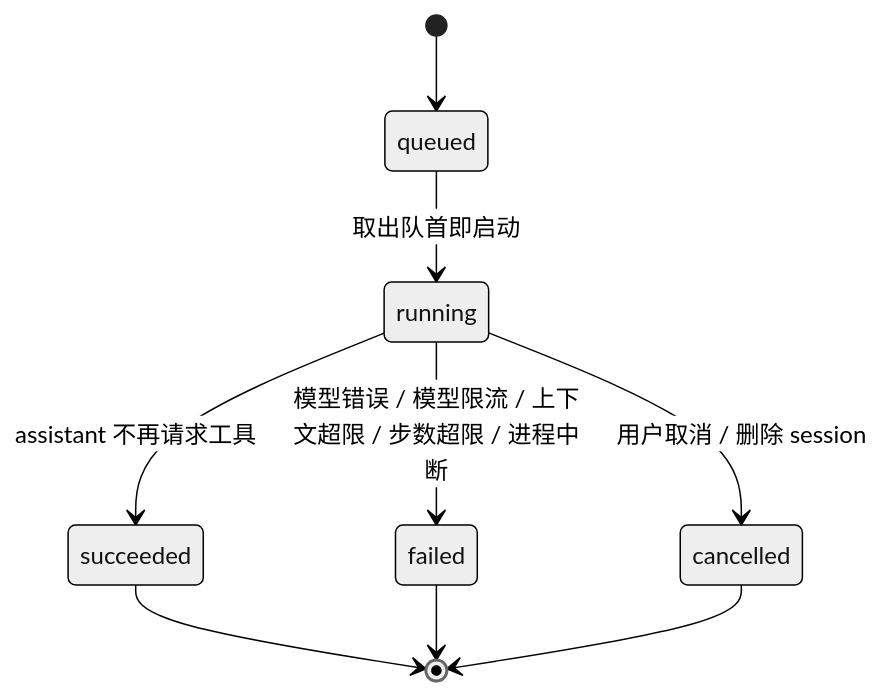
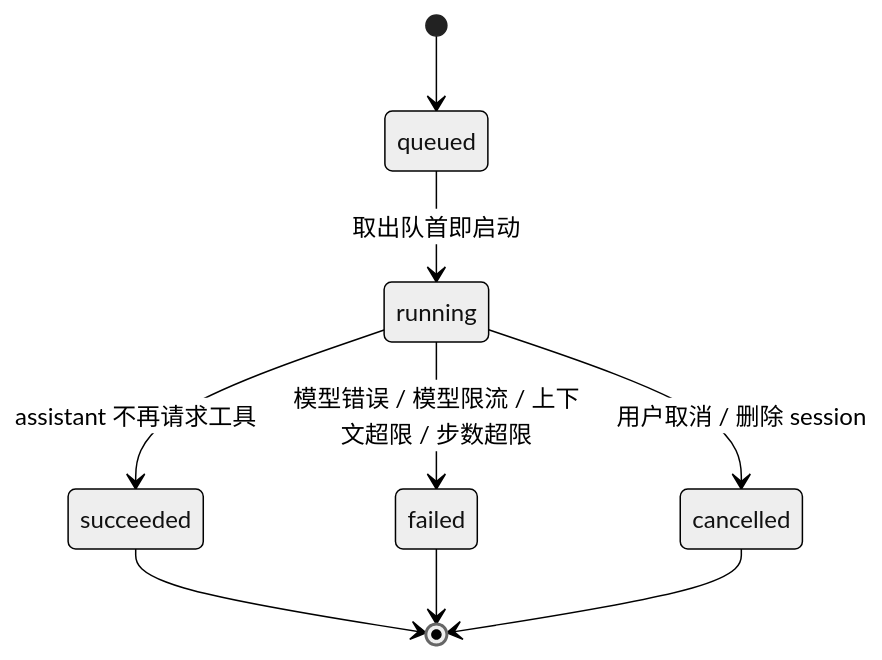
Before and after one commit to zineyu/durable: the diagram in docs/specs/rust-react-coding-agent.md, drawn with Mermaid (neutral theme). The commit also changed other lines of this file and 99 other files, not shown here.

````diff
--- a/docs/specs/rust-react-coding-agent.md
+++ b/docs/specs/rust-react-coding-agent.md
@@ -130,11 +135,11 @@
 ```mermaid
 stateDiagram-v2
     [*] --> queued
     queued --> running: 取出队首即启动
     running --> succeeded: assistant 不再请求工具
-    running --> failed: 模型错误 / 模型限流 / 上下文超限 / 步数超限 / 进程中断
+    running --> failed: 模型错误 / 模型限流 / 上下文超限 / 步数超限
     running --> cancelled: 用户取消 / 删除 session
     succeeded --> [*]
     failed --> [*]
     cancelled --> [*]
 ```
````
